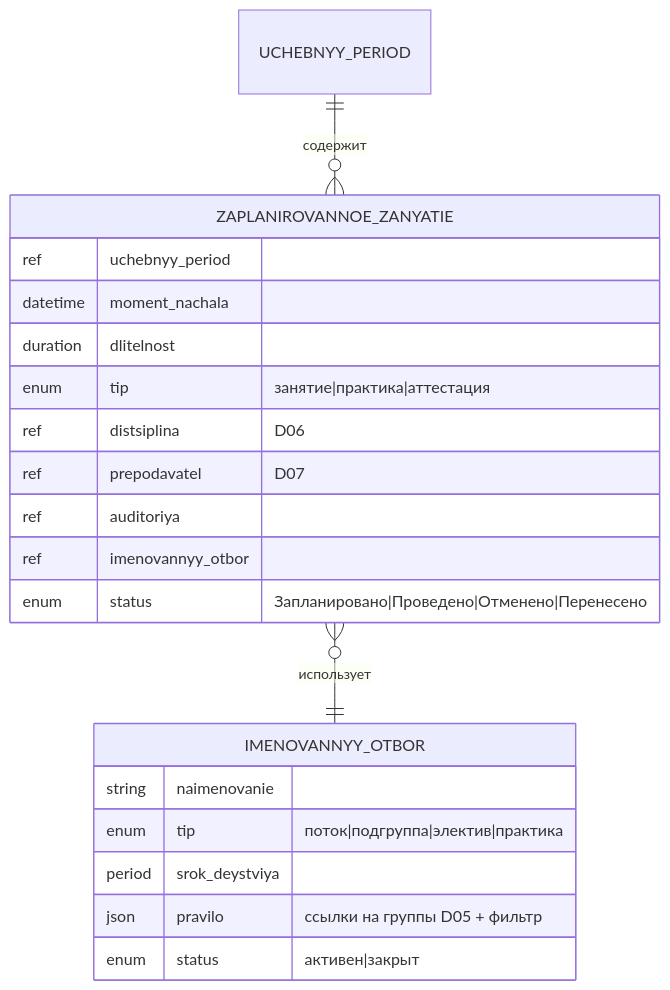
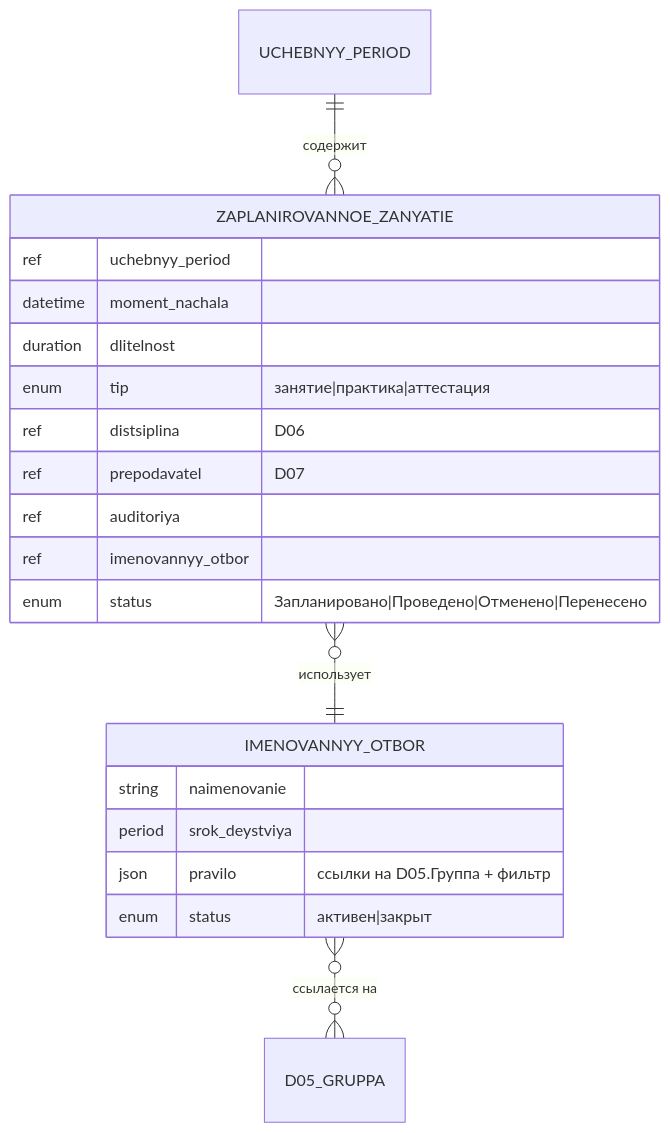
One commit to aplicon-ru/edu-framework changed the diagram in domains/D14-schedule/data-model/entities.md. Above: the diagram before and after it, drawn with Mermaid. The commit also changed other lines of this file and 3 other files, not shown here.

````diff
--- a/domains/D14-schedule/data-model/entities.md
+++ b/domains/D14-schedule/data-model/entities.md
@@ -132,23 +147,23 @@
 ```mermaid
 erDiagram
     UCHEBNYY_PERIOD ||--o{ ZAPLANIROVANNOE_ZANYATIE : "содержит"
     ZAPLANIROVANNOE_ZANYATIE }o--|| IMENOVANNYY_OTBOR : "использует"
     IMENOVANNYY_OTBOR {
         string naimenovanie
-        enum tip "поток|подгруппа|электив|практика"
         period srok_deystviya
-        json pravilo "ссылки на группы D05 + фильтр"
+        json pravilo "ссылки на D05.Группа + фильтр"
         enum status "активен|закрыт"
     }
+    IMENOVANNYY_OTBOR }o--o{ D05_GRUPPA : "ссылается на"
     ZAPLANIROVANNOE_ZANYATIE {
         ref uchebnyy_period
         datetime moment_nachala
         duration dlitelnost
         enum tip "занятие|практика|аттестация"
         ref distsiplina "D06"
         ref prepodavatel "D07"
         ref auditoriya
         ref imenovannyy_otbor
         enum status "Запланировано|Проведено|Отменено|Перенесено"
     }
 ```
````
